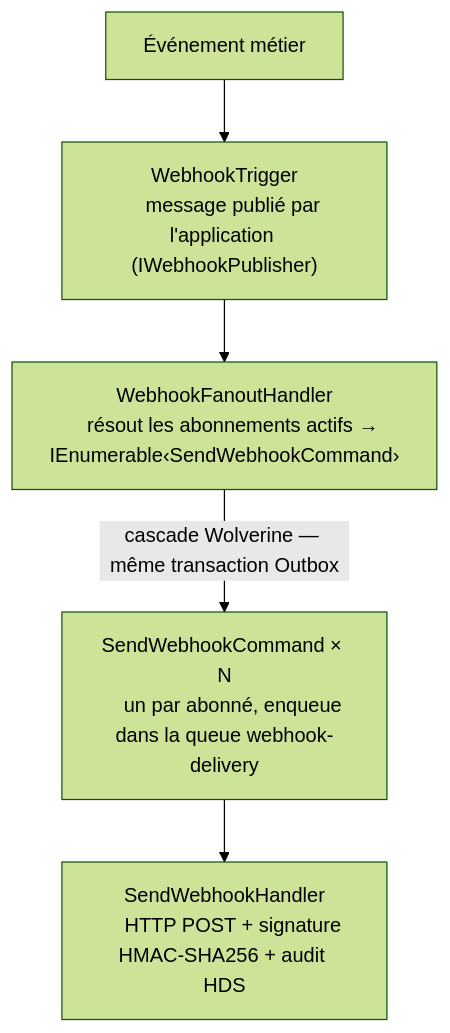
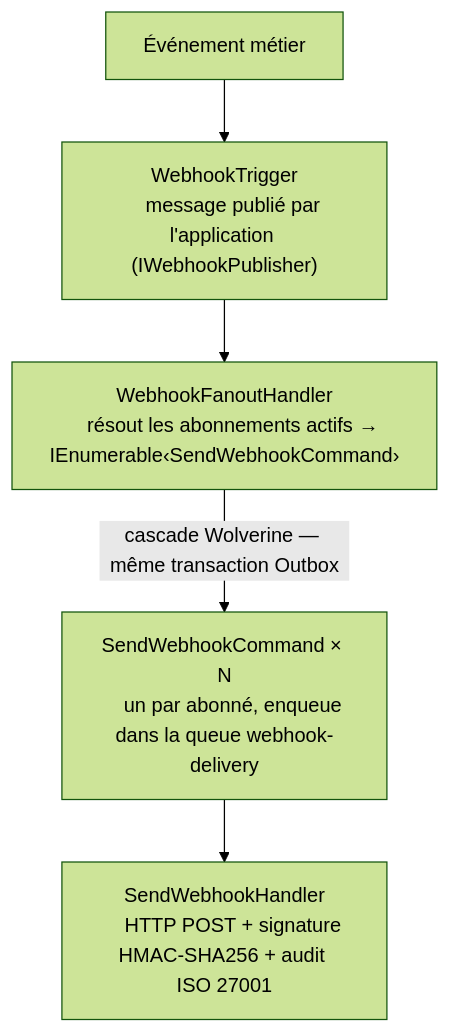
Before and after one commit to enraiz/granit-dotnet: the diagram in docs/framework/messaging/webhooks.md, drawn with Mermaid (forest theme). The commit also changed other lines of this file and 319 other files, not shown here.

````diff
--- a/docs/framework/messaging/webhooks.md
+++ b/docs/framework/messaging/webhooks.md
@@ -16,11 +16,11 @@
 ```mermaid
 flowchart TD
     A["Événement métier"] --> B["WebhookTrigger
     message publié par l'application (IWebhookPublisher)"]
     B --> C["WebhookFanoutHandler
     résout les abonnements actifs → IEnumerable‹SendWebhookCommand›"]
     C -- "cascade Wolverine — même transaction Outbox" --> D["SendWebhookCommand × N
     un par abonné, enqueue dans la queue webhook-delivery"]
     D --> E["SendWebhookHandler
-    HTTP POST + signature HMAC-SHA256 + audit HDS"]
+    HTTP POST + signature HMAC-SHA256 + audit ISO 27001"]
 ```
````
